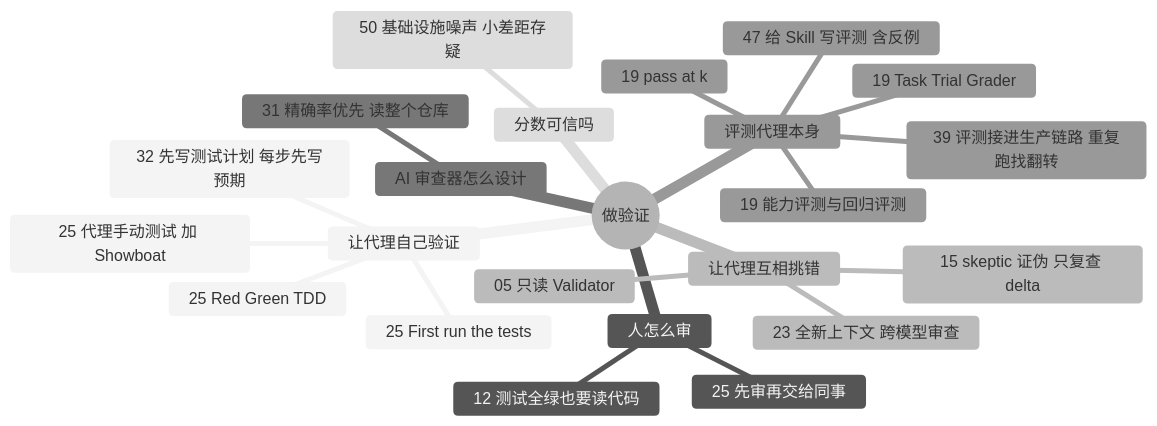
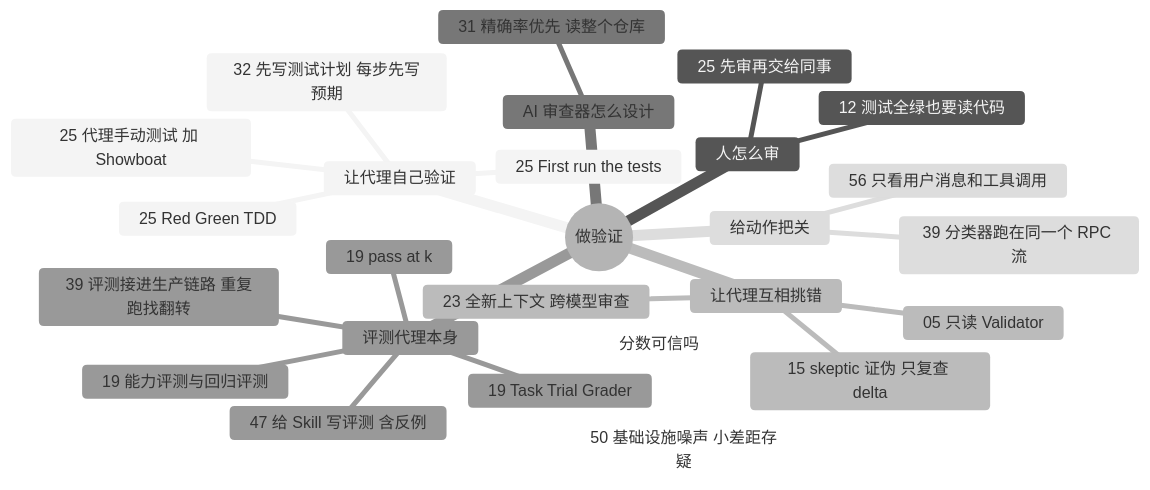
The diagram in docs/guide/verification.md (yzw7489757/ai-coding-videos), drawn with Mermaid (neutral theme) before and after one commit. The commit also changed other lines of this file and 21 other files, not shown here.

````diff
--- a/docs/guide/verification.md
+++ b/docs/guide/verification.md
@@ -13,26 +13,29 @@
 ```mermaid
 mindmap
   root((做验证))
     让代理自己验证
       25 Red Green TDD
       25 First run the tests
       25 代理手动测试 加 Showboat
       32 先写测试计划 每步先写预期
     人怎么审
       12 测试全绿也要读代码
       25 先审再交给同事
     让代理互相挑错
       15 skeptic 证伪 只复查 delta
       05 只读 Validator
       23 全新上下文 跨模型审查
     AI 审查器怎么设计
       31 精确率优先 读整个仓库
     评测代理本身
       19 Task Trial Grader
       19 能力评测与回归评测
       19 pass at k
       39 评测接进生产链路 重复跑找翻转
       47 给 Skill 写评测 含反例
+    给动作把关
+      39 分类器跑在同一个 RPC 流
+      56 只看用户消息和工具调用
     分数可信吗
       50 基础设施噪声 小差距存疑
 ```
````
